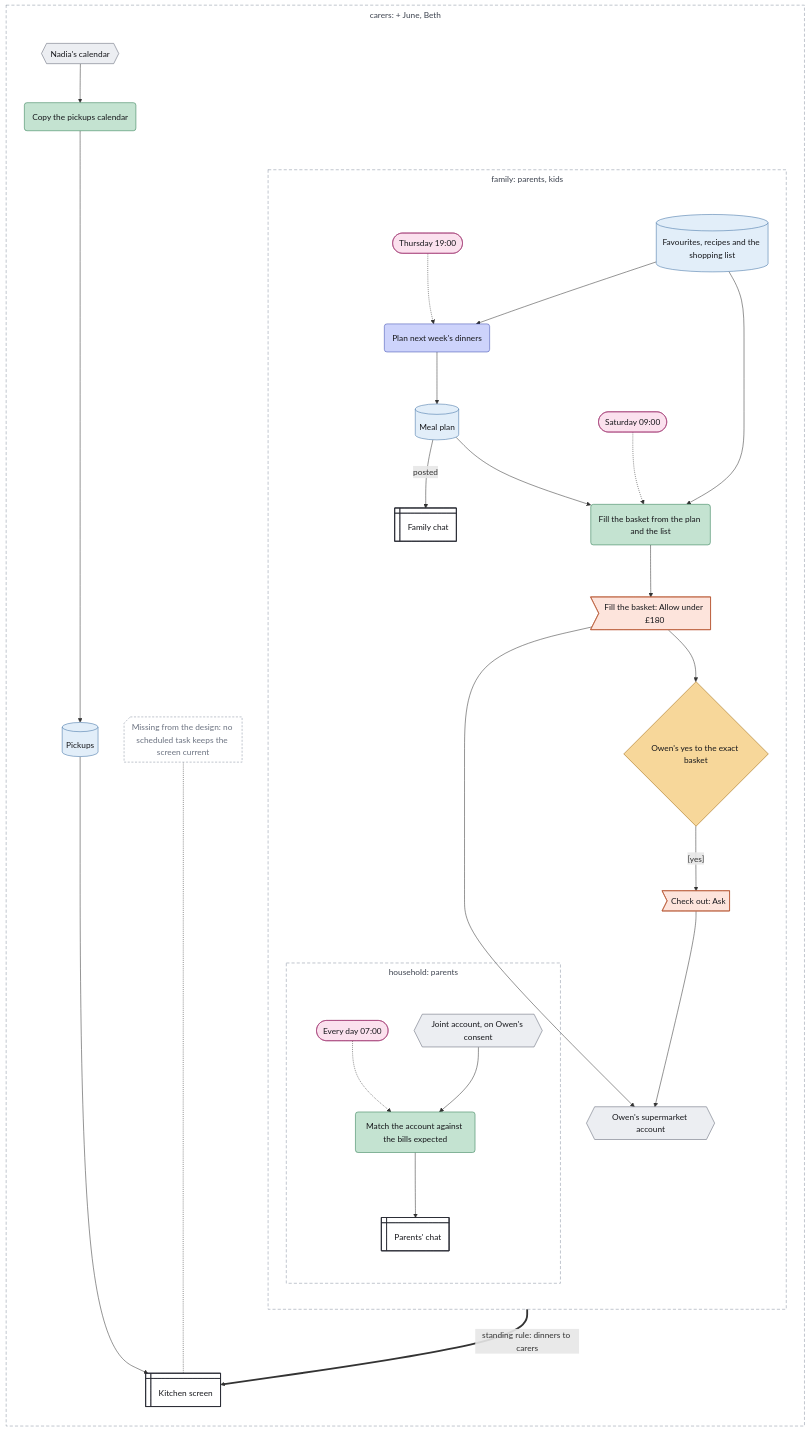
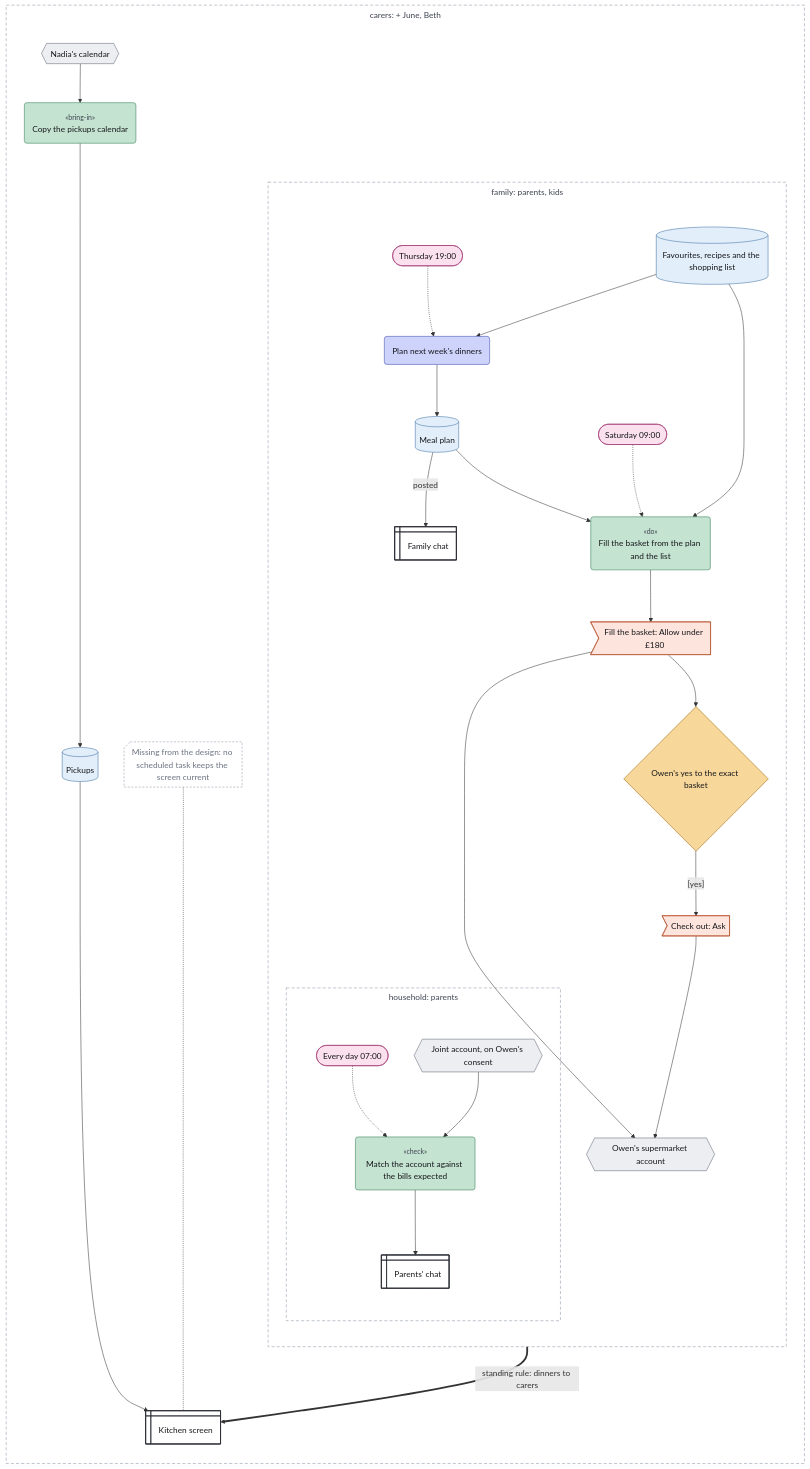
Before and after one commit to chrismdp/awml: the diagram in examples/dinners-scopes.mmd, drawn with Mermaid. The commit also changed 20 other files, not shown here.

```diff
--- a/examples/dinners-scopes.mmd
+++ b/examples/dinners-scopes.mmd
@@ -1,82 +1,82 @@
 ---
 config:
   theme: default
   flowchart:
     useMaxWidth: false
     subGraphTitleMargin:
       top: 6
       bottom: 30
 ---
 flowchart TB
   subgraph carers["carers: + June, Beth"]
     direction TB
     calendar{{"Nadia's calendar"}}
-    copy("Copy the pickups calendar")
+    copy("<small style='color:#3d434f'>«bring-in»</small><br>Copy the pickups calendar")
     pickups[("Pickups")]
     screen@{ shape: win-pane, label: "Kitchen screen" }
     screen_gap@{ shape: notch-rect, label: "Missing from the design: no scheduled task keeps the screen current" }
     subgraph family["family: parents, kids"]
       direction TB
       thu(["Thursday 19:00"])
       sat(["Saturday 09:00"])
       favourites[("Favourites, recipes and the shopping list")]
       plan("Plan next week's dinners")
       mealplan[("Meal plan")]
       chat@{ shape: win-pane, label: "Family chat" }
-      fill("Fill the basket from the plan and the list")
+      fill("<small style='color:#3d434f'>«do»</small><br>Fill the basket from the plan and the list")
       basket>"Fill the basket: Allow under £180"]
       approve{"Owen's yes to the exact basket"}
       checkout>"Check out: Ask"]
       shop{{"Owen's supermarket account"}}
       subgraph household["household: parents"]
         direction TB
         daily(["Every day 07:00"])
         bank{{"Joint account, on Owen's consent"}}
-        match("Match the account against the bills expected")
+        match("<small style='color:#3d434f'>«check»</small><br>Match the account against the bills expected")
         parents_chat@{ shape: win-pane, label: "Parents' chat" }
       end
     end
   end
 
   thu -.-> plan
   favourites --> plan
   plan --> mealplan
   mealplan -->|"posted"| chat
   sat -.-> fill
   mealplan --> fill
   favourites --> fill
   fill --> basket
   basket --> shop
   basket --> approve
   approve -->|"[yes]"| checkout
   checkout --> shop
   calendar --> copy
   copy --> pickups
   pickups --> screen
   mealplan ==>|"standing rule: dinners to carers"| screen
   screen_gap -.- screen
   daily -.-> match
   bank --> match
   match --> parents_chat
   classDef trig fill:#fbe1ee,stroke:#a33a74,color:#16171b
   classDef ctx fill:#e2eef9,stroke:#3d6fa3,color:#16171b
   classDef con fill:#eceef2,stroke:#5d6472,color:#16171b
   classDef surf fill:#ffffff,stroke:#2a2d35,stroke-width:1.5px,color:#16171b
   classDef out fill:#fde4dc,stroke:#b5532f,color:#16171b
   classDef ai fill:#cdd3fb,stroke:#3b4bb0,color:#16171b
   classDef rule fill:#c4e3d1,stroke:#2b7a4f,color:#16171b
   classDef human fill:#f7d79a,stroke:#9a6100,color:#16171b
   classDef uml fill:#16171b,stroke:#16171b,color:#16171b
   classDef gap fill:#ffffff,stroke:#8a93a3,stroke-dasharray:4 3,color:#6b7280
   class thu,sat,daily trig
   class pickups,favourites,mealplan ctx
   class calendar,shop,bank con
   class screen,chat,parents_chat surf
   class basket,checkout out
   class plan ai
   class copy,fill,match rule
   class approve human
   class screen_gap gap
   style carers fill:transparent,stroke:#8a93a3,stroke-dasharray:6 4,color:#3d434f
   style family fill:transparent,stroke:#8a93a3,stroke-dasharray:6 4,color:#3d434f
   style household fill:transparent,stroke:#8a93a3,stroke-dasharray:6 4,color:#3d434f
```
